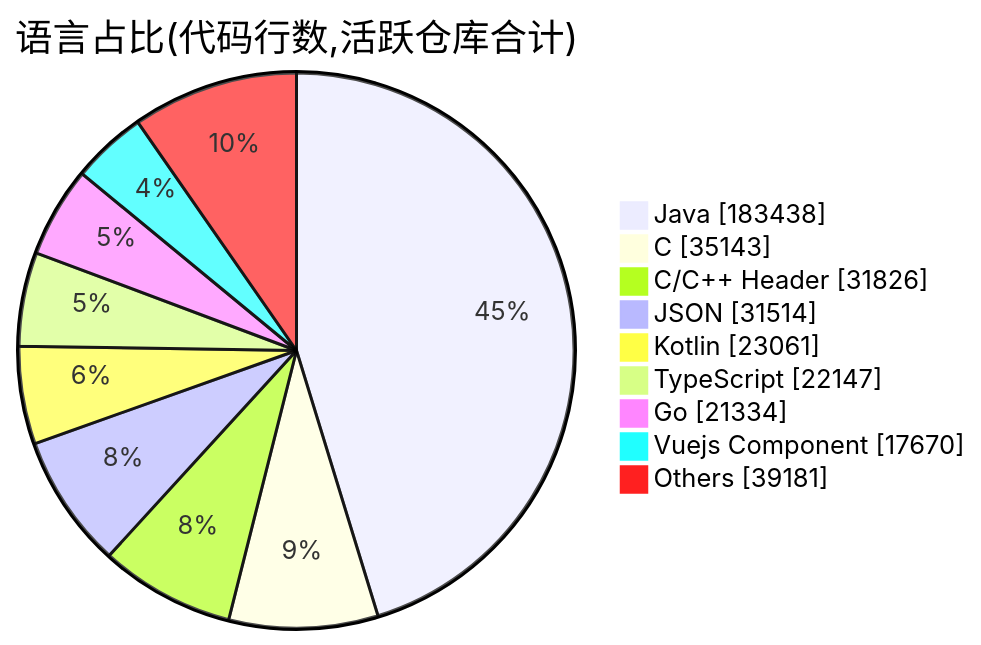
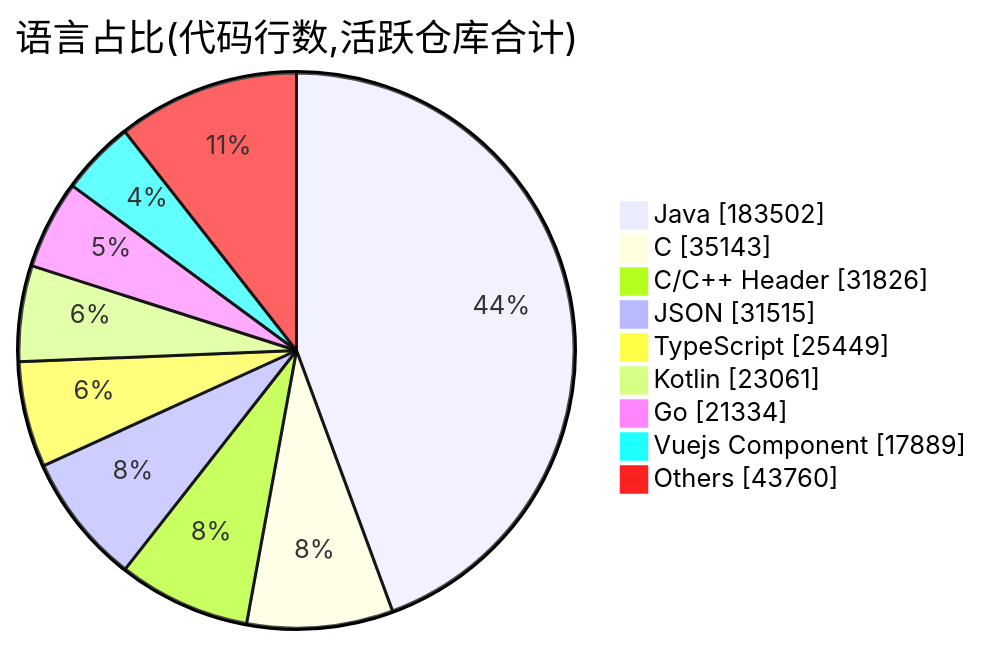
The second of 2 diagrams in profile/README.md (Conflux-Union/.github), drawn with Mermaid before and after one commit. The commit also changed other lines of this file and 1 other file, not shown here.

````diff
--- a/profile/README.md
+++ b/profile/README.md
@@ -81,13 +81,13 @@
 ```mermaid
 pie showData
     title 语言占比(代码行数,活跃仓库合计)
-    "Java" : 183438
+    "Java" : 183502
     "C" : 35143
     "C/C++ Header" : 31826
-    "JSON" : 31514
+    "JSON" : 31515
+    "TypeScript" : 25449
     "Kotlin" : 23061
-    "TypeScript" : 22147
     "Go" : 21334
-    "Vuejs Component" : 17670
-    "Others" : 39181
+    "Vuejs Component" : 17889
+    "Others" : 43760
 ```
````
